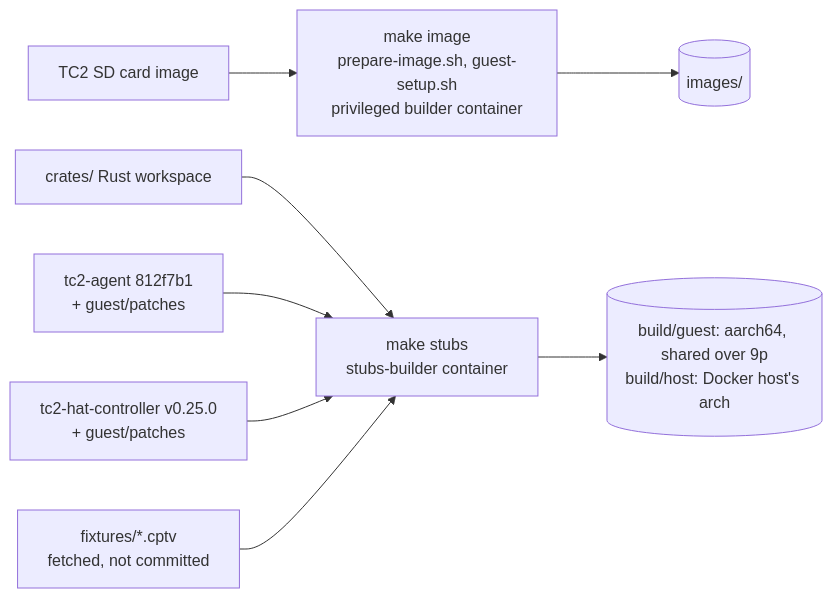
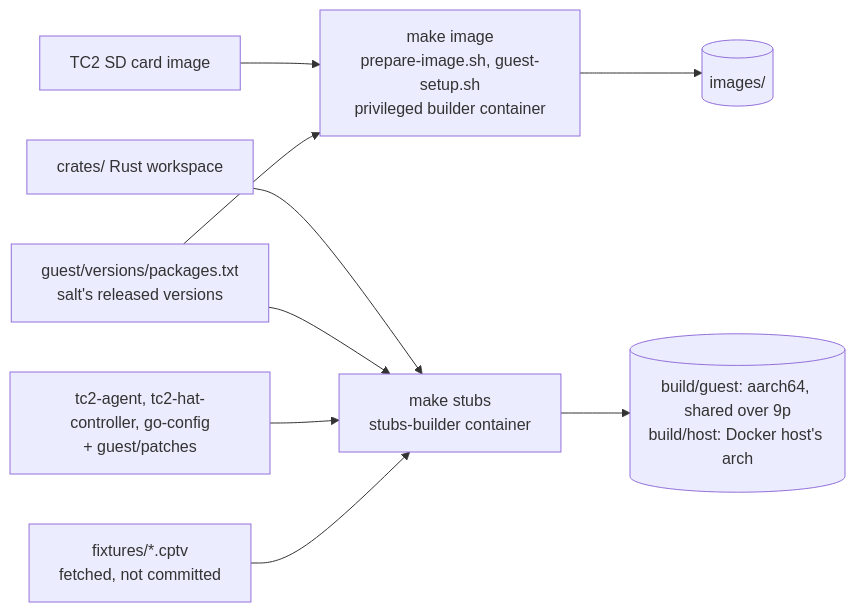
The second of 2 diagrams in README.md (TheCacophonyProject/tc2-emulator), drawn with Mermaid before and after one commit. The commit also changed other lines of this file and 12 other files, not shown here.

Commit message:
The built image now gets the latest software versions for prod.tc2 baked into it.

````diff
--- a/README.md
+++ b/README.md
@@ -81,11 +81,12 @@
 ```mermaid
 flowchart LR
     sd["TC2 SD card image"] --> image["make image<br/>prepare-image.sh, guest-setup.sh<br/>privileged builder container"]
     image --> images[("images/")]
 
     crates["crates/ Rust workspace"] --> stubs["make stubs<br/>stubs-builder container"]
-    agentsrc["tc2-agent 812f7b1<br/>+ guest/patches"] --> stubs
-    hatsrc["tc2-hat-controller v0.25.0<br/>+ guest/patches"] --> stubs
+    versions["guest/versions/packages.txt<br/>salt's released versions"] --> image
+    versions --> stubs
+    hatsrc["tc2-agent, tc2-hat-controller, go-config<br/>+ guest/patches"] --> stubs
     fixtures["fixtures/*.cptv<br/>fetched, not committed"] --> stubs
     stubs --> build[("build/guest: aarch64, shared over 9p<br/>build/host: Docker host's arch")]
 ```
````
